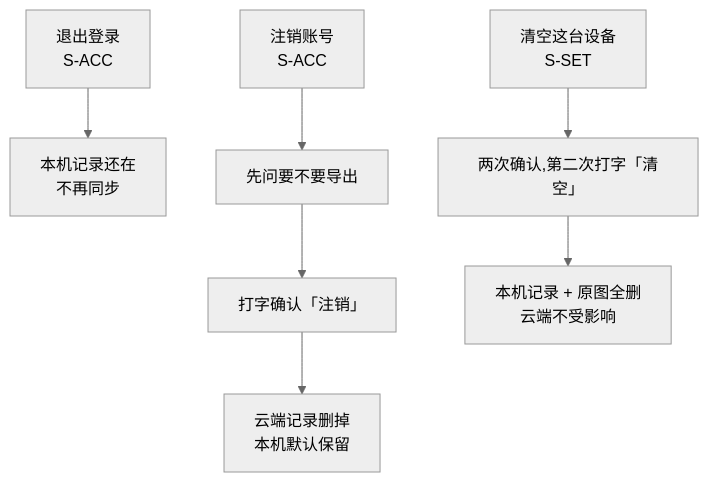
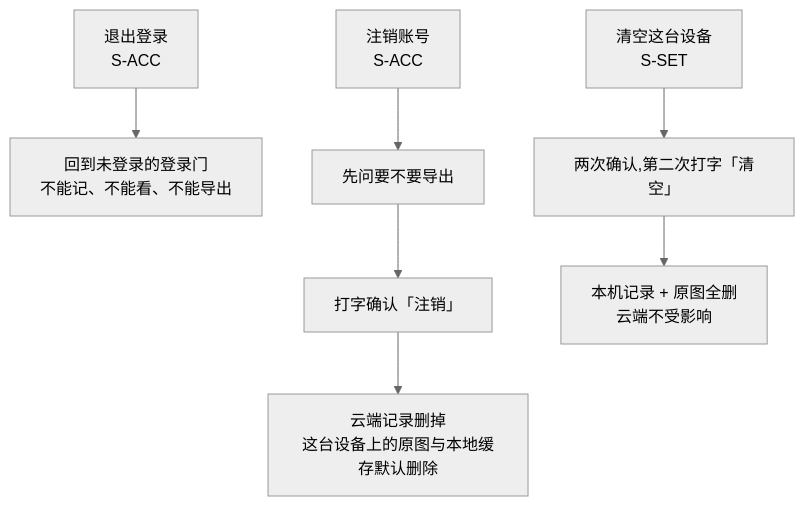
Before and after one commit to chenyuanjin/kubic: diagram 11 of 14 in docs/product/specs/端到端验收用例集.md, drawn with Mermaid (neutral theme). The commit also changed other lines of this file and 15 other files, not shown here.

````diff
--- a/docs/product/specs/端到端验收用例集.md
+++ b/docs/product/specs/端到端验收用例集.md
@@ -481,6 +491,6 @@
 ```mermaid
 flowchart TD
-    A["退出登录<br/>S-ACC"] --> A1["本机记录还在<br/>不再同步"]
-    B["注销账号<br/>S-ACC"] --> B1["先问要不要导出"] --> B2["打字确认「注销」"] --> B3["云端记录删掉<br/>本机默认保留"]
+    A["退出登录<br/>S-ACC"] --> A1["回到未登录的登录门<br/>不能记、不能看、不能导出"]
+    B["注销账号<br/>S-ACC"] --> B1["先问要不要导出"] --> B2["打字确认「注销」"] --> B3["云端记录删掉<br/>这台设备上的原图与本地缓存默认删除"]
     C["清空这台设备<br/>S-SET"] --> C1["两次确认,第二次打字「清空」"] --> C2["本机记录 + 原图全删<br/>云端不受影响"]
 ```
````
